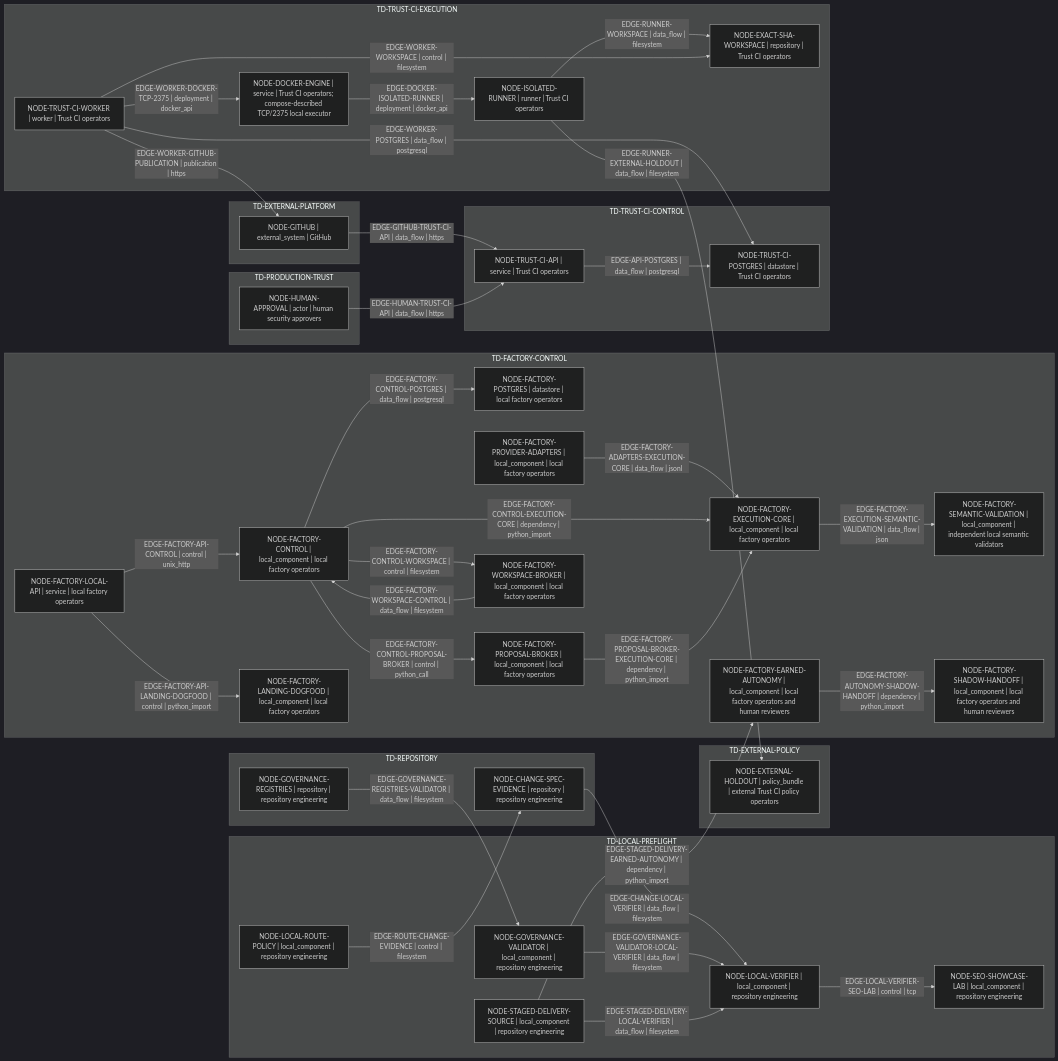
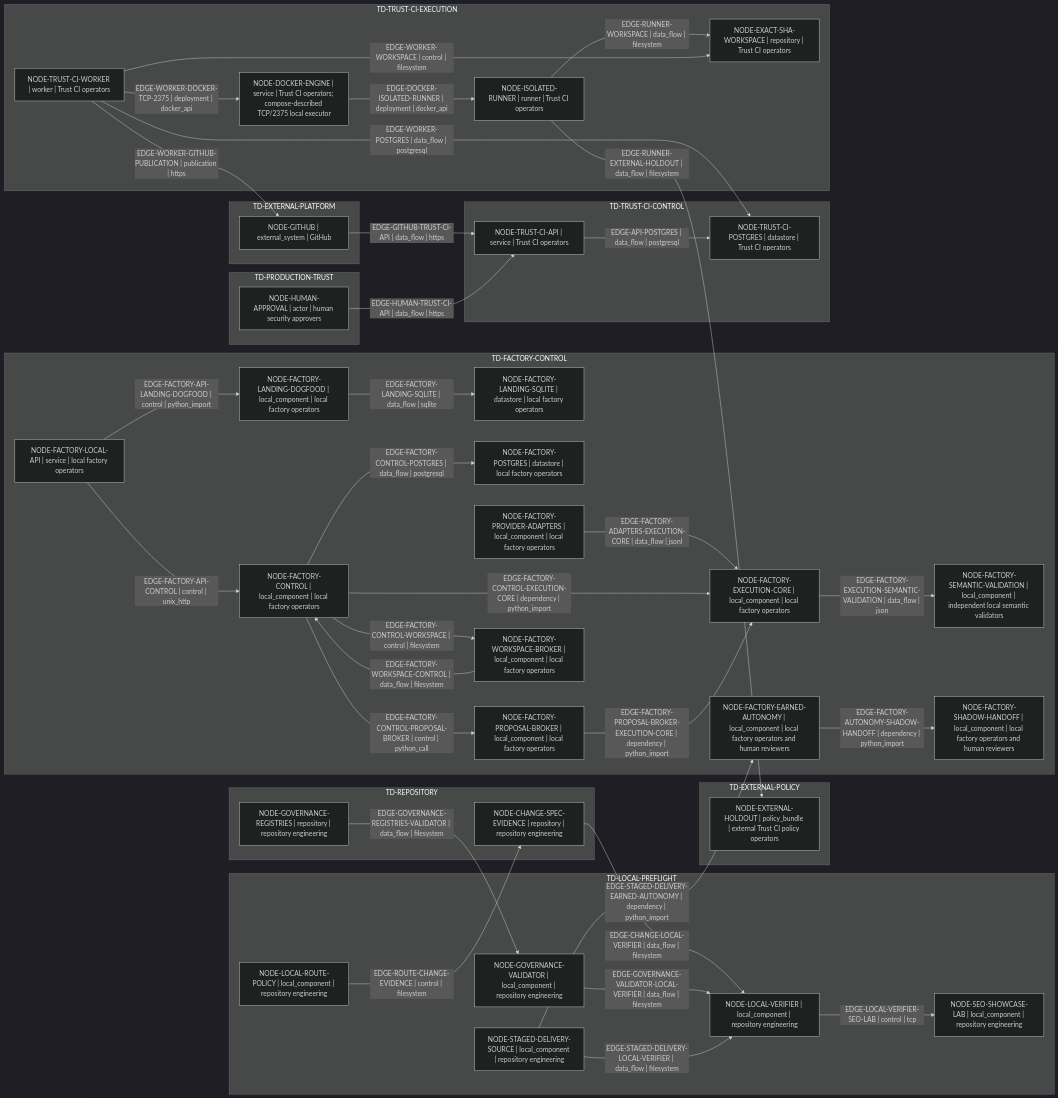
Before and after one commit to Dimkox/adaptive-grok-build-pro: the diagram in architecture/generated/trust-boundary.mmd, drawn with Mermaid (dark theme). The commit also changed 69 other files, not shown here.

First line of the commit message:
feat(factory): add durable offline landing runtime (#26)

```diff
--- a/architecture/generated/trust-boundary.mmd
+++ b/architecture/generated/trust-boundary.mmd
@@ -1,72 +1,74 @@
 flowchart LR
   subgraph domain_96fb748595c57dce["TD-EXTERNAL-PLATFORM"]
     node_8b8a8cd21b180532["NODE-GITHUB | external_system | GitHub"]
   end
   subgraph domain_ece8d94ff661d9fb["TD-EXTERNAL-POLICY"]
     node_0a0fe2f046a648e9["NODE-EXTERNAL-HOLDOUT | policy_bundle | external Trust CI policy operators"]
   end
   subgraph domain_c4152908c77524f2["TD-FACTORY-CONTROL"]
     node_a6c166e55f8e1784["NODE-FACTORY-CONTROL | local_component | local factory operators"]
     node_379217d10ea012c3["NODE-FACTORY-EARNED-AUTONOMY | local_component | local factory operators and human reviewers"]
     node_0a087cfaed95a8ad["NODE-FACTORY-EXECUTION-CORE | local_component | local factory operators"]
     node_340c6123d4df34df["NODE-FACTORY-LANDING-DOGFOOD | local_component | local factory operators"]
+    node_7c8192807445a8a6["NODE-FACTORY-LANDING-SQLITE | datastore | local factory operators"]
     node_93915052ae8a2e67["NODE-FACTORY-LOCAL-API | service | local factory operators"]
     node_a77de286f8308fd4["NODE-FACTORY-POSTGRES | datastore | local factory operators"]
     node_21b552fdfa11f1c2["NODE-FACTORY-PROPOSAL-BROKER | local_component | local factory operators"]
     node_fae11f6a95d982dc["NODE-FACTORY-PROVIDER-ADAPTERS | local_component | local factory operators"]
     node_c10acb5d92ad0ee0["NODE-FACTORY-SEMANTIC-VALIDATION | local_component | independent local semantic validators"]
     node_c3bf47ff1c652923["NODE-FACTORY-SHADOW-HANDOFF | local_component | local factory operators and human reviewers"]
     node_23f89cd7152cc030["NODE-FACTORY-WORKSPACE-BROKER | local_component | local factory operators"]
   end
   subgraph domain_fa5ae843eb45e375["TD-LOCAL-PREFLIGHT"]
     node_23677f8757246623["NODE-GOVERNANCE-VALIDATOR | local_component | repository engineering"]
     node_770cf3a1783e8525["NODE-LOCAL-ROUTE-POLICY | local_component | repository engineering"]
     node_23bed8fcbfc79861["NODE-LOCAL-VERIFIER | local_component | repository engineering"]
     node_d4421144c1dd4abe["NODE-SEO-SHOWCASE-LAB | local_component | repository engineering"]
     node_e1da543fa66b0086["NODE-STAGED-DELIVERY-SOURCE | local_component | repository engineering"]
   end
   subgraph domain_93c532f149d3e2d5["TD-PRODUCTION-TRUST"]
     node_e4e37173e410ad23["NODE-HUMAN-APPROVAL | actor | human security approvers"]
   end
   subgraph domain_734c10023f9857a2["TD-REPOSITORY"]
     node_8938bd3db1932751["NODE-CHANGE-SPEC-EVIDENCE | repository | repository engineering"]
     node_dfd1104494c6ab8f["NODE-GOVERNANCE-REGISTRIES | repository | repository engineering"]
   end
   subgraph domain_7f80d82d053144ab["TD-TRUST-CI-CONTROL"]
     node_d0e570b2fbe52f98["NODE-TRUST-CI-API | service | Trust CI operators"]
     node_1a6c7efb2d08591b["NODE-TRUST-CI-POSTGRES | datastore | Trust CI operators"]
   end
   subgraph domain_65e7aeb3bb37c460["TD-TRUST-CI-EXECUTION"]
     node_4e78270f61d78ed8["NODE-DOCKER-ENGINE | service | Trust CI operators; compose-described TCP/2375 local executor"]
     node_2e8a7072de3f3743["NODE-EXACT-SHA-WORKSPACE | repository | Trust CI operators"]
     node_1c3a10ba26a8e80d["NODE-ISOLATED-RUNNER | runner | Trust CI operators"]
     node_070dda93443dcc1f["NODE-TRUST-CI-WORKER | worker | Trust CI operators"]
   end
   node_d0e570b2fbe52f98 -->|"EDGE-API-POSTGRES | data_flow | postgresql"| node_1a6c7efb2d08591b
   node_8938bd3db1932751 -->|"EDGE-CHANGE-LOCAL-VERIFIER | data_flow | filesystem"| node_23bed8fcbfc79861
   node_4e78270f61d78ed8 -->|"EDGE-DOCKER-ISOLATED-RUNNER | deployment | docker_api"| node_1c3a10ba26a8e80d
   node_fae11f6a95d982dc -->|"EDGE-FACTORY-ADAPTERS-EXECUTION-CORE | data_flow | jsonl"| node_0a087cfaed95a8ad
   node_93915052ae8a2e67 -->|"EDGE-FACTORY-API-CONTROL | control | unix_http"| node_a6c166e55f8e1784
   node_93915052ae8a2e67 -->|"EDGE-FACTORY-API-LANDING-DOGFOOD | control | python_import"| node_340c6123d4df34df
   node_379217d10ea012c3 -->|"EDGE-FACTORY-AUTONOMY-SHADOW-HANDOFF | dependency | python_import"| node_c3bf47ff1c652923
   node_a6c166e55f8e1784 -->|"EDGE-FACTORY-CONTROL-EXECUTION-CORE | dependency | python_import"| node_0a087cfaed95a8ad
   node_a6c166e55f8e1784 -->|"EDGE-FACTORY-CONTROL-POSTGRES | data_flow | postgresql"| node_a77de286f8308fd4
   node_a6c166e55f8e1784 -->|"EDGE-FACTORY-CONTROL-PROPOSAL-BROKER | control | python_call"| node_21b552fdfa11f1c2
   node_a6c166e55f8e1784 -->|"EDGE-FACTORY-CONTROL-WORKSPACE | control | filesystem"| node_23f89cd7152cc030
   node_0a087cfaed95a8ad -->|"EDGE-FACTORY-EXECUTION-SEMANTIC-VALIDATION | data_flow | json"| node_c10acb5d92ad0ee0
+  node_340c6123d4df34df -->|"EDGE-FACTORY-LANDING-SQLITE | data_flow | sqlite"| node_7c8192807445a8a6
   node_21b552fdfa11f1c2 -->|"EDGE-FACTORY-PROPOSAL-BROKER-EXECUTION-CORE | dependency | python_import"| node_0a087cfaed95a8ad
   node_23f89cd7152cc030 -->|"EDGE-FACTORY-WORKSPACE-CONTROL | data_flow | filesystem"| node_a6c166e55f8e1784
   node_8b8a8cd21b180532 -->|"EDGE-GITHUB-TRUST-CI-API | data_flow | https"| node_d0e570b2fbe52f98
   node_dfd1104494c6ab8f -->|"EDGE-GOVERNANCE-REGISTRIES-VALIDATOR | data_flow | filesystem"| node_23677f8757246623
   node_23677f8757246623 -->|"EDGE-GOVERNANCE-VALIDATOR-LOCAL-VERIFIER | data_flow | filesystem"| node_23bed8fcbfc79861
   node_e4e37173e410ad23 -->|"EDGE-HUMAN-TRUST-CI-API | data_flow | https"| node_d0e570b2fbe52f98
   node_23bed8fcbfc79861 -->|"EDGE-LOCAL-VERIFIER-SEO-LAB | control | tcp"| node_d4421144c1dd4abe
   node_770cf3a1783e8525 -->|"EDGE-ROUTE-CHANGE-EVIDENCE | control | filesystem"| node_8938bd3db1932751
   node_1c3a10ba26a8e80d -->|"EDGE-RUNNER-EXTERNAL-HOLDOUT | data_flow | filesystem"| node_0a0fe2f046a648e9
   node_1c3a10ba26a8e80d -->|"EDGE-RUNNER-WORKSPACE | data_flow | filesystem"| node_2e8a7072de3f3743
   node_e1da543fa66b0086 -->|"EDGE-STAGED-DELIVERY-EARNED-AUTONOMY | dependency | python_import"| node_379217d10ea012c3
   node_e1da543fa66b0086 -->|"EDGE-STAGED-DELIVERY-LOCAL-VERIFIER | data_flow | filesystem"| node_23bed8fcbfc79861
   node_070dda93443dcc1f -->|"EDGE-WORKER-DOCKER-TCP-2375 | deployment | docker_api"| node_4e78270f61d78ed8
   node_070dda93443dcc1f -->|"EDGE-WORKER-GITHUB-PUBLICATION | publication | https"| node_8b8a8cd21b180532
   node_070dda93443dcc1f -->|"EDGE-WORKER-POSTGRES | data_flow | postgresql"| node_1a6c7efb2d08591b
   node_070dda93443dcc1f -->|"EDGE-WORKER-WORKSPACE | control | filesystem"| node_2e8a7072de3f3743
```
